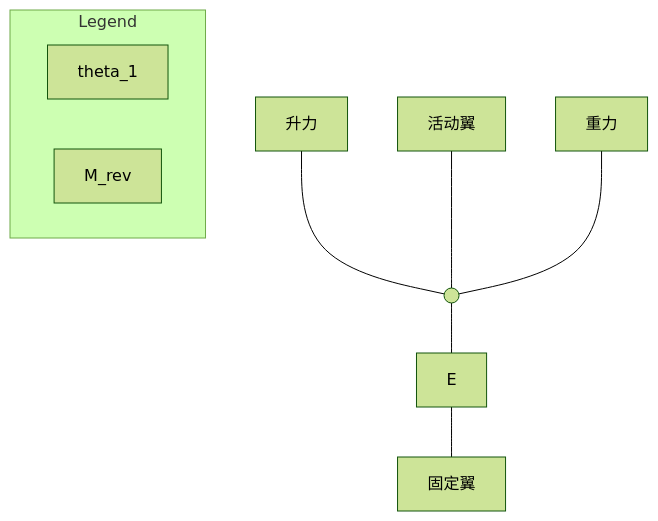
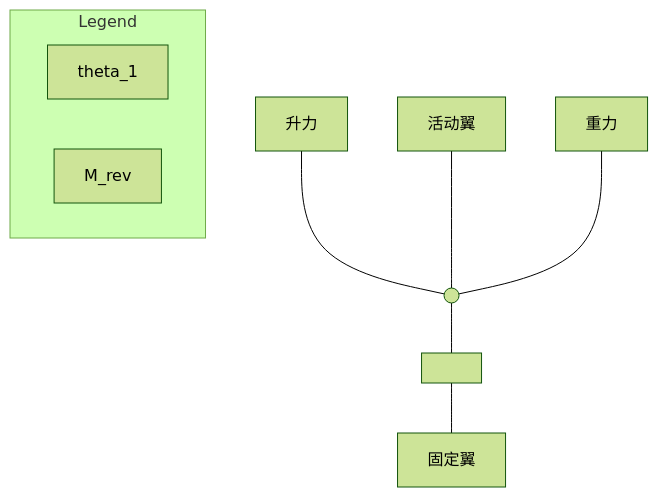
The third of 5 diagrams in data/preprocessed/2018311055郭廷宇.md (wang-xin-peng/AeroMorpho-KG), drawn with Mermaid (forest theme) before and after one commit. The commit also changed other lines of this file and 12 other files, not shown here.

````diff
--- a/data/preprocessed/2018311055郭廷宇.md
+++ b/data/preprocessed/2018311055郭廷宇.md
@@ -650,12 +727,12 @@
 ```mermaid
 graph TD
 A[升力] --- B(( ))
 C[活动翼] --- B
 D[重力] --- B
-B --- E
+B --- E[ ]
 E --- F[固定翼]
 subgraph Legend
 G[theta_1]
 H[M_rev]
 end
 ```
````
